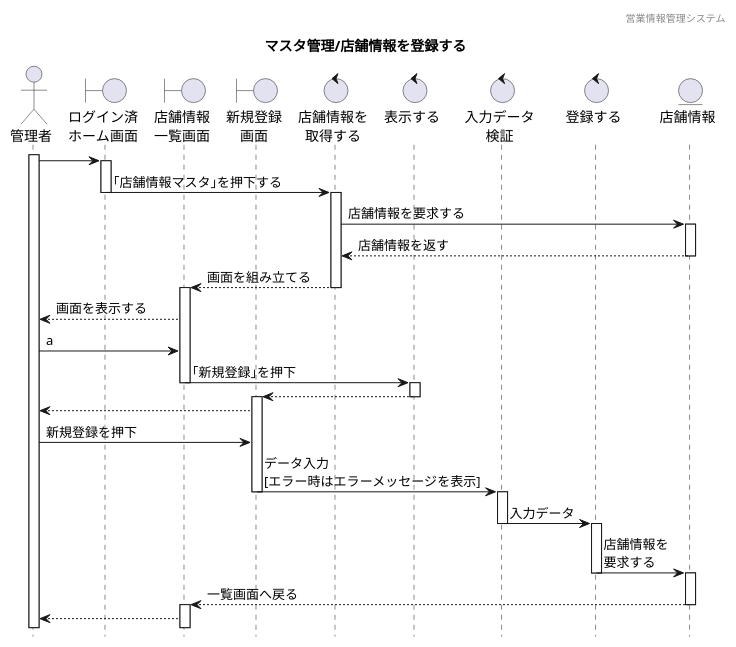
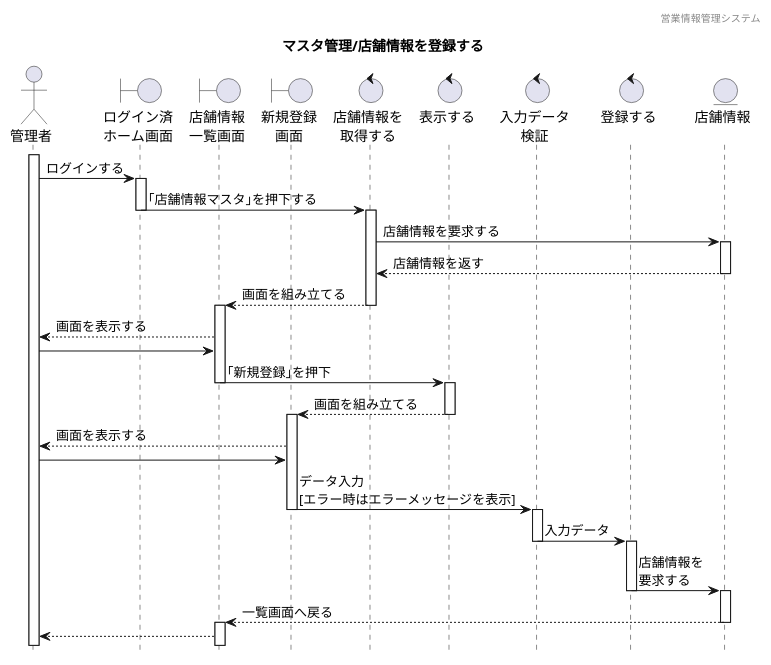
Before and after one commit to HaruShim/Sotuken: the diagram in 各種設計書/4シーケンス図/マスタ管理/2.店舗情報マスタ/店舗情報管理_登録.plantuml, drawn with PlantUML.

```diff
--- a/各種設計書/4シーケンス図/マスタ管理/2.店舗情報マスタ/店舗情報管理_登録.plantuml
+++ b/各種設計書/4シーケンス図/マスタ管理/2.店舗情報マスタ/店舗情報管理_登録.plantuml
@@ -1,65 +1,63 @@
 @startuml sequence
 
 hide footbox
 header 営業情報管理システム
 title マスタ管理/店舗情報を登録する
 
 ' actor "" as 
 actor "管理者" as a1
 ' boundary "" as
 boundary "ログイン済\nホーム画面" as b1
 boundary "店舗情報\n一覧画面" as b2
 boundary "新規登録\n画面" as b3
 ' control "" as 
 control "店舗情報を\n取得する" as c1
 control "表示する\n" as c2
 control "入力データ\n検証" as c3
 control "登録する\n" as c4
 ' entity "" as
 entity "店舗情報\n" as e1
 
 ' ログイン済みホーム画面から一覧表示までのシーケンス
 activate a1
-a1 -> b1
+a1 -> b1 : ログインする
 activate b1
-' b1 -> c1 : ｢店舗情報マスタ｣を押下する
 b1 -> c1 : ｢店舗情報マスタ｣を押下する
 deactivate
 activate c1
 c1 -> e1 : 店舗情報を要求する
 activate e1
 e1 --> c1 : 店舗情報を返す
 deactivate e1
 c1 --> b2 : 画面を組み立てる
 deactivate c1
 activate b2
 b2 --> a1 : 画面を表示する
 
-a1 -> b2 : a
-
+a1 -> b2 : 
 b2 -> c2 : ｢新規登録｣を押下
 deactivate b2
 activate c2
-c2 --> b3
+c2 --> b3 : 画面を組み立てる
 deactivate c2
 activate b3
-b3 --> a1
+b3 --> a1 : 画面を表示する
 
-a1 -> b3 : 新規登録を押下
+a1 -> b3
 b3 -> c3 : データ入力\n[エラー時はエラーメッセージを表示]
 deactivate b3
 activate c3
 c3 -> c4 : 入力データ
 deactivate c3
 activate c4
 c4 -> e1 : 店舗情報を\n要求する
 deactivate c4
 activate e1
 e1 --> b2  : 一覧画面へ戻る　　　　　　　　　　　　　　　　
 deactivate e1
 activate b2
 b2 --> a1
 
 
 
 @enduml
```
